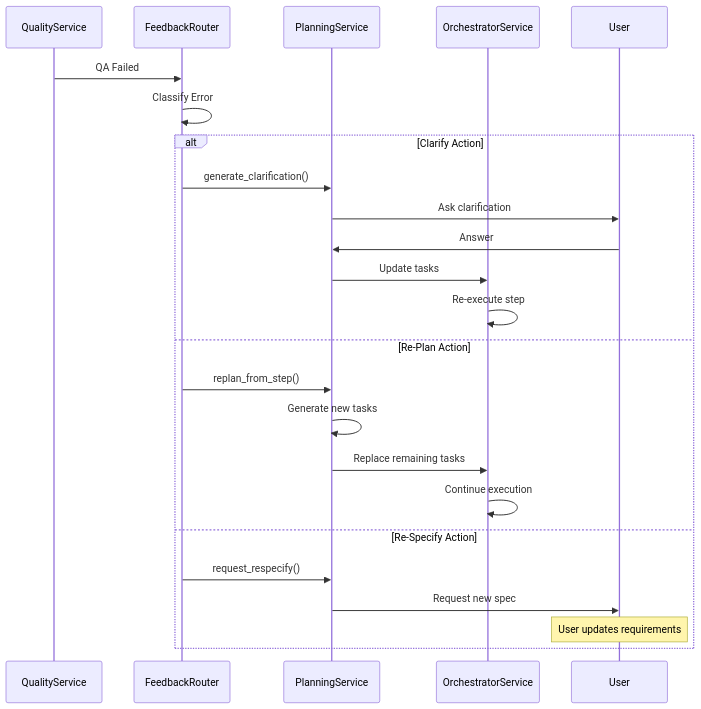
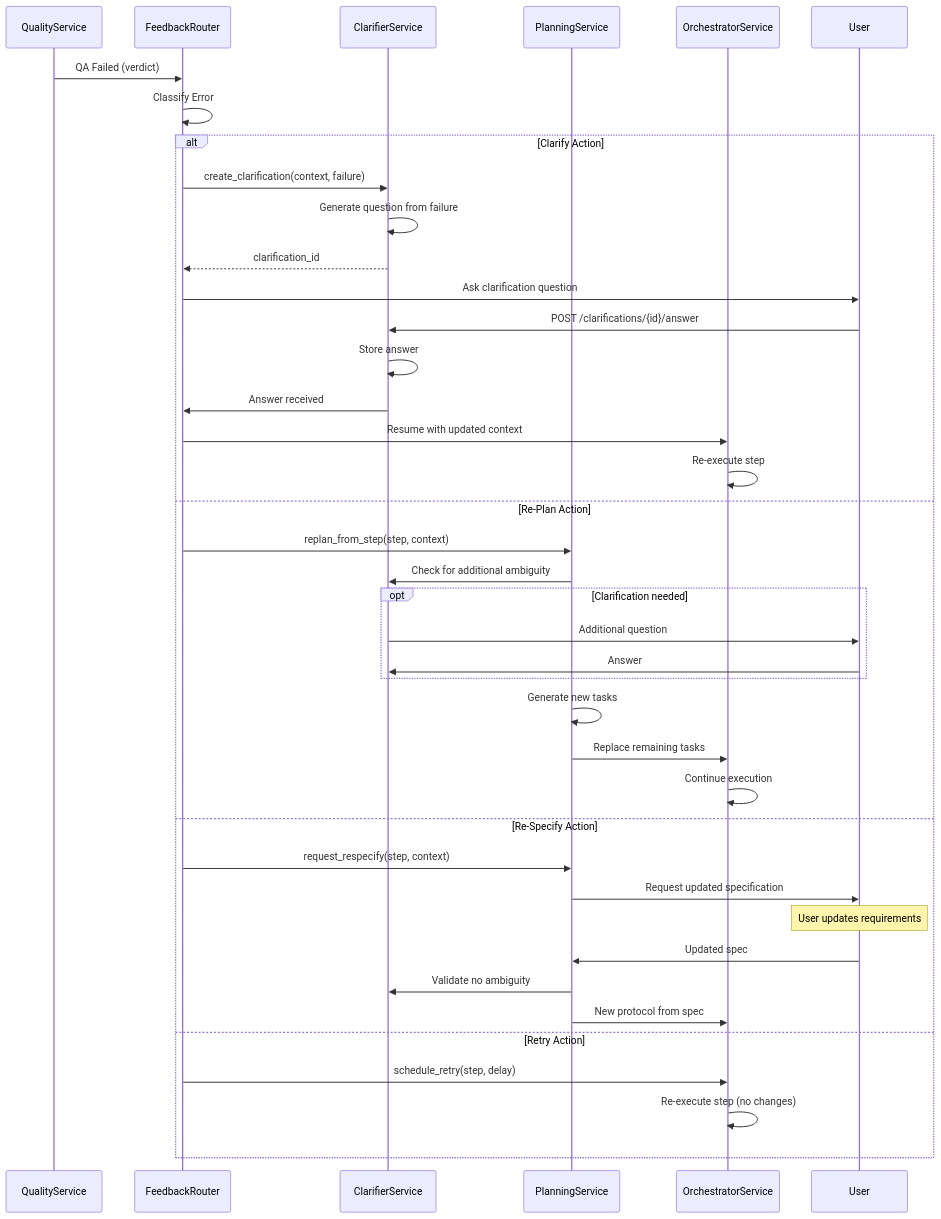
The second of 2 diagrams in docs/newTasksGodzilla/subsystems/04-QUALITY-ASSURANCE.md (SergeySdv/dev-pipeline), drawn with Mermaid before and after one commit. The commit also changed other lines of this file and 1 other file, not shown here.

Commit message:
feat(architecture): integrate Clarifier Service into QA feedback loop for structured clarifications

````diff
--- a/docs/newTasksGodzilla/subsystems/04-QUALITY-ASSURANCE.md
+++ b/docs/newTasksGodzilla/subsystems/04-QUALITY-ASSURANCE.md
@@ -565,28 +570,44 @@
 ```mermaid
 sequenceDiagram
     participant QA as QualityService
     participant FB as FeedbackRouter
+    participant Clarifier as ClarifierService
     participant Plan as PlanningService
     participant Orch as OrchestratorService
     participant User as User
 
-    QA->>FB: QA Failed
+    QA->>FB: QA Failed (verdict)
     FB->>FB: Classify Error
     
     alt Clarify Action
-        FB->>Plan: generate_clarification()
-        Plan->>User: Ask clarification
-        User->>Plan: Answer
-        Plan->>Orch: Update tasks
+        FB->>Clarifier: create_clarification(context, failure)
+        Clarifier->>Clarifier: Generate question from failure
+        Clarifier-->>FB: clarification_id
+        FB->>User: Ask clarification question
+        User->>Clarifier: POST /clarifications/{id}/answer
+        Clarifier->>Clarifier: Store answer
+        Clarifier->>FB: Answer received
+        FB->>Orch: Resume with updated context
         Orch->>Orch: Re-execute step
     else Re-Plan Action
-        FB->>Plan: replan_from_step()
+        FB->>Plan: replan_from_step(step, context)
+        Plan->>Clarifier: Check for additional ambiguity
+        opt Clarification needed
+            Clarifier->>User: Additional question
+            User->>Clarifier: Answer
+        end
         Plan->>Plan: Generate new tasks
         Plan->>Orch: Replace remaining tasks
         Orch->>Orch: Continue execution
     else Re-Specify Action
-        FB->>Plan: request_respecify()
-        Plan->>User: Request new spec
+        FB->>Plan: request_respecify(step, context)
+        Plan->>User: Request updated specification
         Note over User: User updates requirements
+        User->>Plan: Updated spec
+        Plan->>Clarifier: Validate no ambiguity
+        Plan->>Orch: New protocol from spec
+    else Retry Action
+        FB->>Orch: schedule_retry(step, delay)
+        Orch->>Orch: Re-execute step (no changes)
     end
 ```
````
